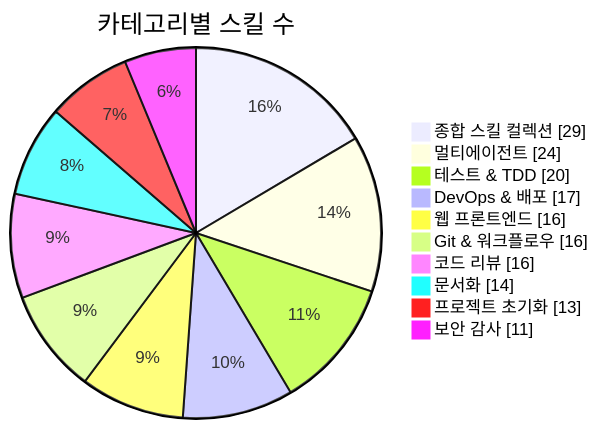
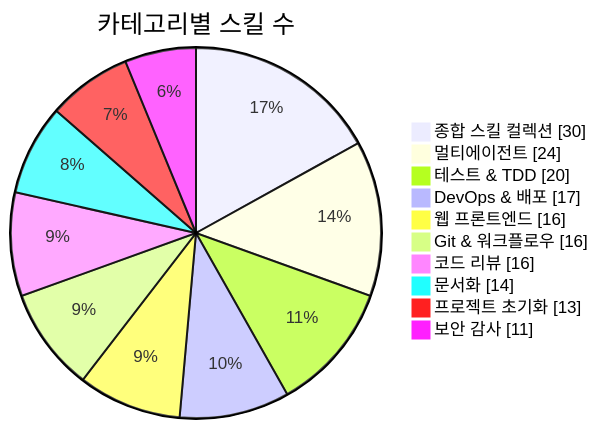
The first of 3 diagrams in README.md (J-nowcow/awesome-korean-agent-skills), drawn with Mermaid before and after one commit. The commit also changed other lines of this file and 3 other files, not shown here.

````diff
--- a/README.md
+++ b/README.md
@@ -176,14 +176,14 @@
 ```mermaid
 pie showData
     title 카테고리별 스킬 수
-    "종합 스킬 컬렉션" : 29
+    "종합 스킬 컬렉션" : 30
     "멀티에이전트" : 24
     "테스트 & TDD" : 20
     "DevOps & 배포" : 17
     "웹 프론트엔드" : 16
     "Git & 워크플로우" : 16
     "코드 리뷰" : 16
     "문서화" : 14
     "프로젝트 초기화" : 13
     "보안 감사" : 11
 ```
````
